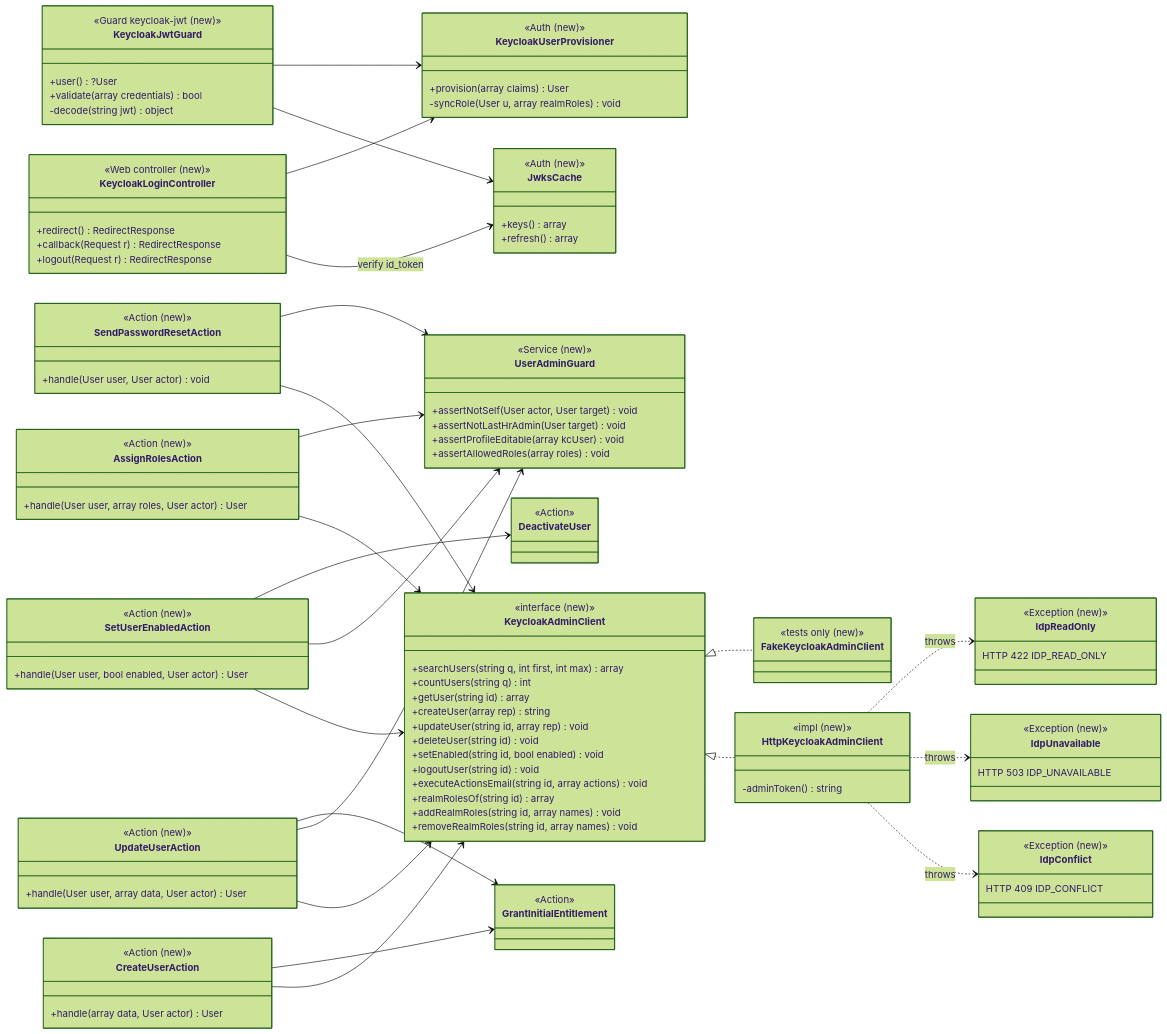
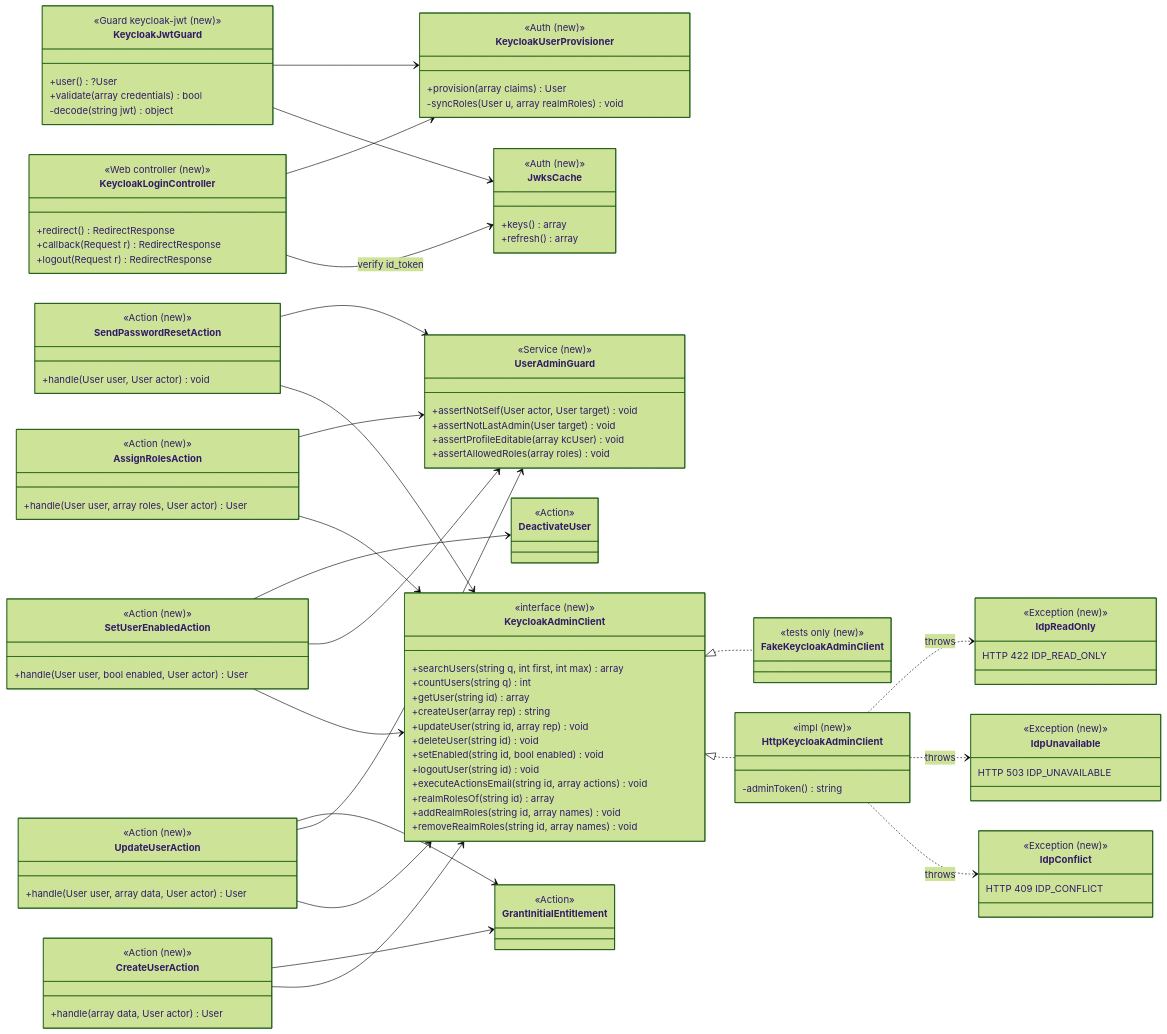
The third of 4 diagrams in docs/diagrams/03-class-diagram.md (heyadityak/lms), drawn with Mermaid (forest theme) before and after one commit. The commit also changed other lines of this file and 49 other files, not shown here.

```diff
--- a/docs/diagrams/03-class-diagram.md
+++ b/docs/diagrams/03-class-diagram.md
@@ -394,7 +403,7 @@
     class KeycloakUserProvisioner {
         <<Auth (new)>>
         +provision(array claims) User
-        -syncRole(User u, array realmRoles) void
+        -syncRoles(User u, array realmRoles) void
     }
 
     class KeycloakAdminClient {
@@ -443,7 +452,7 @@
     class UserAdminGuard {
         <<Service (new)>>
         +assertNotSelf(User actor, User target) void
-        +assertNotLastHrAdmin(User target) void
+        +assertNotLastAdmin(User target) void
         +assertProfileEditable(array kcUser) void
         +assertAllowedRoles(array roles) void
     }
```
